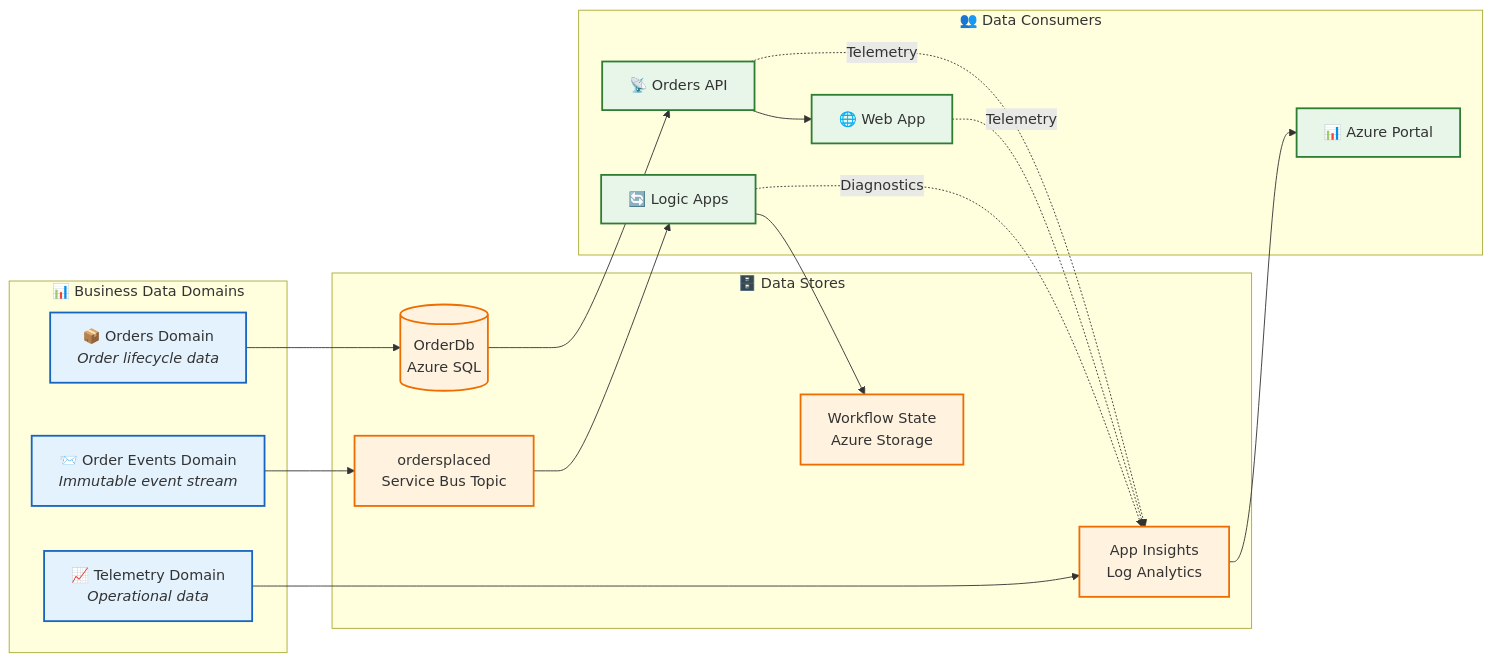
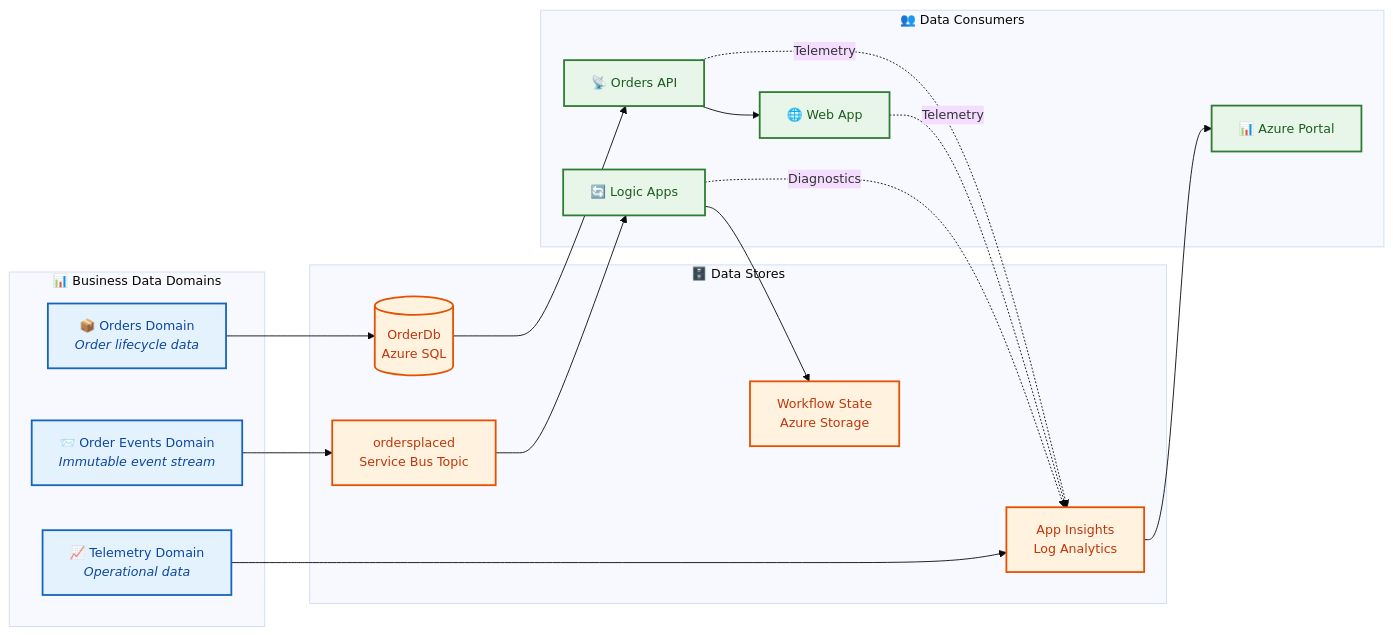
The first of 6 diagrams in docs/architecture/02-data-architecture.md (Evilazaro/Azure-LogicApps-Monitoring), drawn with Mermaid before and after one commit. The commit also changed other lines of this file, not shown here.

Commit message:
Enhance data architecture documentation with improved Mermaid diagram styles and accessibility features

````diff
--- a/docs/architecture/02-data-architecture.md
+++ b/docs/architecture/02-data-architecture.md
@@ -38,44 +38,46 @@
 ```mermaid
+%%{init: {'theme': 'base', 'themeVariables': { 'fontSize': '14px'}}}%%
 flowchart LR
     subgraph BusinessDomains["📊 Business Data Domains"]
         Orders["📦 Orders Domain<br/><i>Order lifecycle data</i>"]
         Events["📨 Order Events Domain<br/><i>Immutable event stream</i>"]
         Telemetry["📈 Telemetry Domain<br/><i>Operational data</i>"]
     end
 
     subgraph DataStores["🗄️ Data Stores"]
         OrderDb[("OrderDb<br/>Azure SQL")]
         EventStore["ordersplaced<br/>Service Bus Topic"]
         WorkflowState["Workflow State<br/>Azure Storage"]
         AppInsights["App Insights<br/>Log Analytics"]
     end
 
     subgraph Consumers["👥 Data Consumers"]
         API["📡 Orders API"]
         WebApp["🌐 Web App"]
         LogicApp["🔄 Logic Apps"]
         Dashboard["📊 Azure Portal"]
     end
 
     Orders --> OrderDb
     Events --> EventStore
     Telemetry --> AppInsights
 
     OrderDb --> API
     API --> WebApp
     EventStore --> LogicApp
     LogicApp --> WorkflowState
     
     API -.->|"Telemetry"| AppInsights
     WebApp -.->|"Telemetry"| AppInsights
     LogicApp -.->|"Diagnostics"| AppInsights
     AppInsights --> Dashboard
 
-    classDef domain fill:#e3f2fd,stroke:#1565c0,stroke-width:2px
-    classDef store fill:#fff3e0,stroke:#ef6c00,stroke-width:2px
-    classDef consumer fill:#e8f5e9,stroke:#2e7d32,stroke-width:2px
+    %% Accessible color palette with clear domain separation
+    classDef domain fill:#e3f2fd,stroke:#1565c0,stroke-width:2px,color:#0d47a1
+    classDef store fill:#fff3e0,stroke:#e65100,stroke-width:2px,color:#bf360c
+    classDef consumer fill:#e8f5e9,stroke:#2e7d32,stroke-width:2px,color:#1b5e20
 
     class Orders,Events,Telemetry domain
     class OrderDb,EventStore,WorkflowState,AppInsights store
     class API,WebApp,LogicApp,Dashboard consumer
 ```
````
